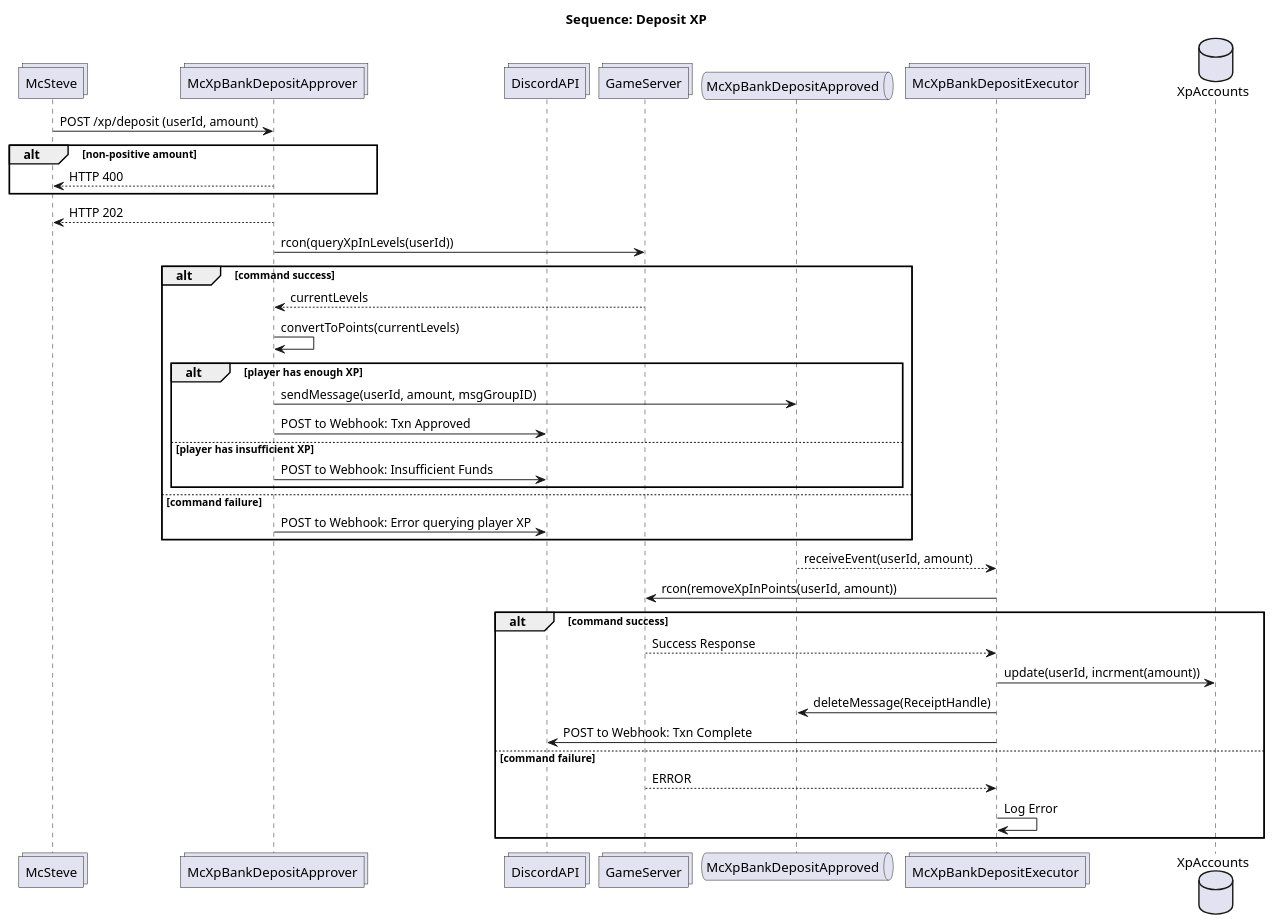
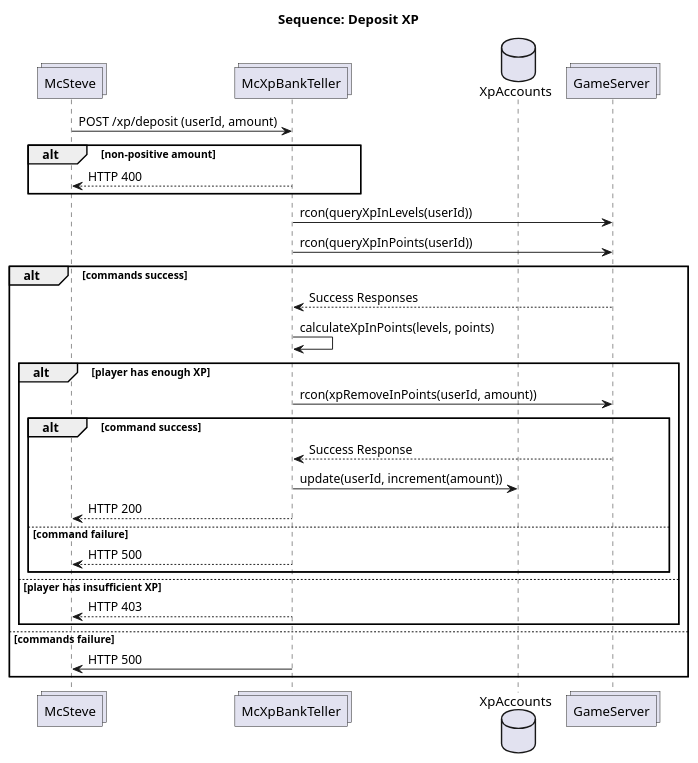
The diagram in docs/sequence_deposit.puml (Ubunfu/mc-xp-bank), drawn with PlantUML before and after one commit. The commit also changed 4 other files, not shown here.

```diff
--- a/docs/sequence_deposit.puml
+++ b/docs/sequence_deposit.puml
@@ -1,48 +1,36 @@
-@startuml sequence_deposit
+@startuml sequence_deposit_direct
 
 title Sequence: Deposit XP
 
 collections McSteve
-collections McXpBankDepositApprover
-collections DiscordAPI
+collections McXpBankTeller
+database XpAccounts
 collections GameServer
-queue McXpBankDepositApproved
-collections McXpBankDepositExecutor
-database XpAccounts
 
-McSteve -> McXpBankDepositApprover: POST /xp/deposit (userId, amount)
+McSteve -> McXpBankTeller: POST /xp/deposit (userId, amount)
 alt non-positive amount
-    McSteve <-- McXpBankDepositApprover: HTTP 400
-end
-McSteve <-- McXpBankDepositApprover: HTTP 202
-
-' Deposit Approver App
-McXpBankDepositApprover -> GameServer: rcon(queryXpInLevels(userId))
-alt command success
-    McXpBankDepositApprover <-- GameServer: currentLevels
-    McXpBankDepositApprover -> McXpBankDepositApprover: convertToPoints(currentLevels)
-    alt player has enough XP
-        McXpBankDepositApprover -> McXpBankDepositApproved: sendMessage(userId, amount, msgGroupID)
-        McXpBankDepositApprover -> DiscordAPI: POST to Webhook: Txn Approved
-    else player has insufficient XP
-        McXpBankDepositApprover -> DiscordAPI: POST to Webhook: Insufficient Funds
-    end
-else command failure
-    McXpBankDepositApprover -> DiscordAPI: POST to Webhook: Error querying player XP
+    McSteve <-- McXpBankTeller: HTTP 400
 end
 
-' Deposit Executor App
-McXpBankDepositApproved --> McXpBankDepositExecutor: receiveEvent(userId, amount)
-McXpBankDepositExecutor -> GameServer: rcon(removeXpInPoints(userId, amount))
-
-alt command success
-    McXpBankDepositExecutor <-- GameServer: Success Response
-    McXpBankDepositExecutor -> XpAccounts: update(userId, incrment(amount))
-    McXpBankDepositExecutor -> McXpBankDepositApproved: deleteMessage(ReceiptHandle)
-    McXpBankDepositExecutor -> DiscordAPI: POST to Webhook: Txn Complete
-else command failure
-    McXpBankDepositExecutor <-- GameServer: ERROR
-    McXpBankDepositExecutor -> McXpBankDepositExecutor: Log Error
+McXpBankTeller -> GameServer: rcon(queryXpInLevels(userId))
+McXpBankTeller -> GameServer: rcon(queryXpInPoints(userId))
+alt commands success
+    McXpBankTeller <-- GameServer: Success Responses
+    McXpBankTeller -> McXpBankTeller: calculateXpInPoints(levels, points)
+    alt player has enough XP
+        McXpBankTeller -> GameServer: rcon(xpRemoveInPoints(userId, amount))
+        alt command success
+            McXpBankTeller <-- GameServer: Success Response
+            McXpBankTeller -> XpAccounts: update(userId, increment(amount))
+            McSteve <-- McXpBankTeller: HTTP 200
+        else command failure
+            McSteve <-- McXpBankTeller: HTTP 500
+        end
+    else player has insufficient XP
+        McSteve <-- McXpBankTeller: HTTP 403
+    end
+else commands failure
+    McXpBankTeller -> McSteve: HTTP 500
 end
 
 @enduml
```
